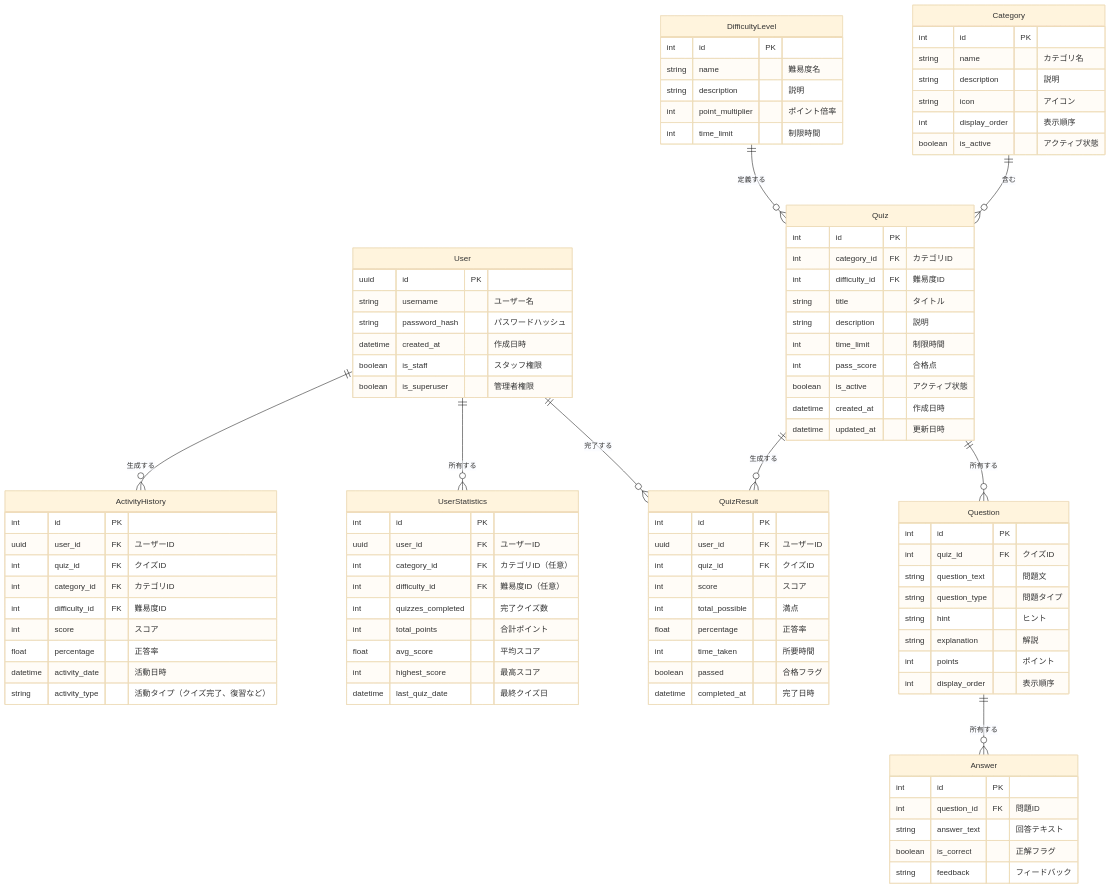
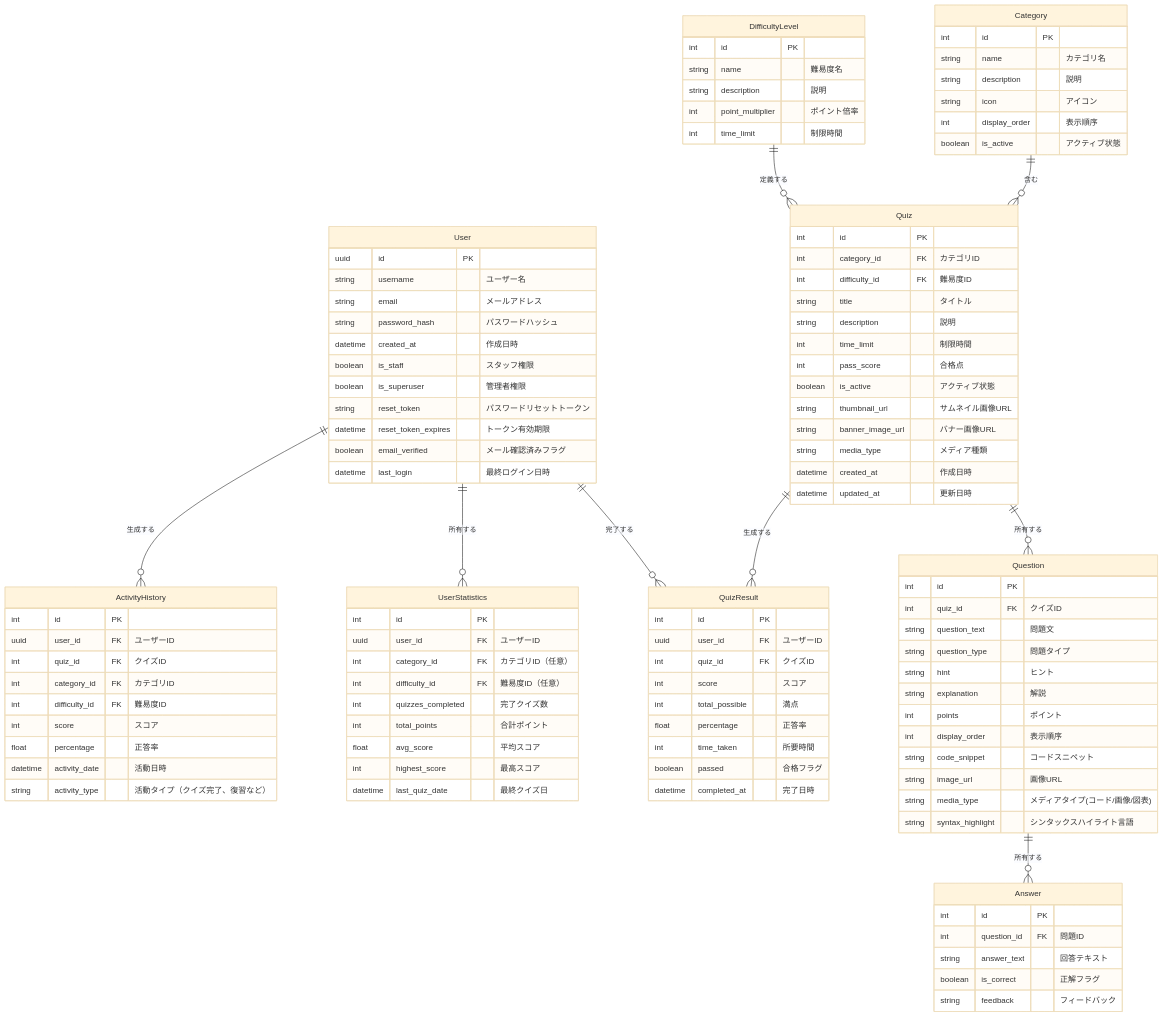
Before and after one commit to EDEN0412/techquiz: the diagram in techquiz-data-model.mermaid, drawn with Mermaid (base theme).

Commit message:
データモデル設計の完成
- Userテーブルに認証関連フィールドを追加
- Quizテーブルにサムネイル画像とバナー画像のフィールドを追加
- Questionテーブルにコードスニペット、画像、シンタックスハイライト機能を追加

```diff
--- a/techquiz-data-model.mermaid
+++ b/techquiz-data-model.mermaid
@@ -1,103 +1,115 @@
 erDiagram
     User ||--o{ QuizResult : "完了する"
     User ||--o{ UserStatistics : "所有する"
     User ||--o{ ActivityHistory : "生成する"
     Category ||--o{ Quiz : "含む"
     DifficultyLevel ||--o{ Quiz : "定義する"
     Quiz ||--o{ Question : "所有する"
     Question ||--o{ Answer : "所有する"
     Quiz ||--o{ QuizResult : "生成する"
     
     User {
         uuid id PK
         string username "ユーザー名"
+        string email "メールアドレス"
         string password_hash "パスワードハッシュ"
         datetime created_at "作成日時"
         boolean is_staff "スタッフ権限"
         boolean is_superuser "管理者権限"
+        string reset_token "パスワードリセットトークン"
+        datetime reset_token_expires "トークン有効期限"
+        boolean email_verified "メール確認済みフラグ"
+        datetime last_login "最終ログイン日時"
     }
     
     Category {
         int id PK
         string name "カテゴリ名"
         string description "説明"
         string icon "アイコン"
         int display_order "表示順序"
         boolean is_active "アクティブ状態"
     }
     
     DifficultyLevel {
         int id PK
         string name "難易度名"
         string description "説明"
         int point_multiplier "ポイント倍率"
         int time_limit "制限時間"
     }
     
     Quiz {
         int id PK
         int category_id FK "カテゴリID"
         int difficulty_id FK "難易度ID"
         string title "タイトル"
         string description "説明"
         int time_limit "制限時間"
         int pass_score "合格点"
         boolean is_active "アクティブ状態"
+        string thumbnail_url "サムネイル画像URL"
+        string banner_image_url "バナー画像URL"
+        string media_type "メディア種類"
         datetime created_at "作成日時"
         datetime updated_at "更新日時"
     }
     
     Question {
         int id PK
         int quiz_id FK "クイズID"
         string question_text "問題文"
         string question_type "問題タイプ"
         string hint "ヒント"
         string explanation "解説"
         int points "ポイント"
         int display_order "表示順序"
+        string code_snippet "コードスニペット"
+        string image_url "画像URL"
+        string media_type "メディアタイプ(コード/画像/図表)"
+        string syntax_highlight "シンタックスハイライト言語"
     }
     
     Answer {
         int id PK
         int question_id FK "問題ID"
         string answer_text "回答テキスト"
         boolean is_correct "正解フラグ"
         string feedback "フィードバック"
     }
     
     QuizResult {
         int id PK
         uuid user_id FK "ユーザーID"
         int quiz_id FK "クイズID"
         int score "スコア"
         int total_possible "満点"
         float percentage "正答率"
         int time_taken "所要時間"
         boolean passed "合格フラグ"
         datetime completed_at "完了日時"
     }
     
     UserStatistics {
         int id PK
         uuid user_id FK "ユーザーID"
         int category_id FK "カテゴリID（任意）"
         int difficulty_id FK "難易度ID（任意）"
         int quizzes_completed "完了クイズ数"
         int total_points "合計ポイント"
         float avg_score "平均スコア"
         int highest_score "最高スコア"
         datetime last_quiz_date "最終クイズ日"
     }
     
     ActivityHistory {
         int id PK
         uuid user_id FK "ユーザーID"
         int quiz_id FK "クイズID"
         int category_id FK "カテゴリID"
         int difficulty_id FK "難易度ID"
         int score "スコア"
         float percentage "正答率"
         datetime activity_date "活動日時"
         string activity_type "活動タイプ（クイズ完了、復習など）"
     }
```
